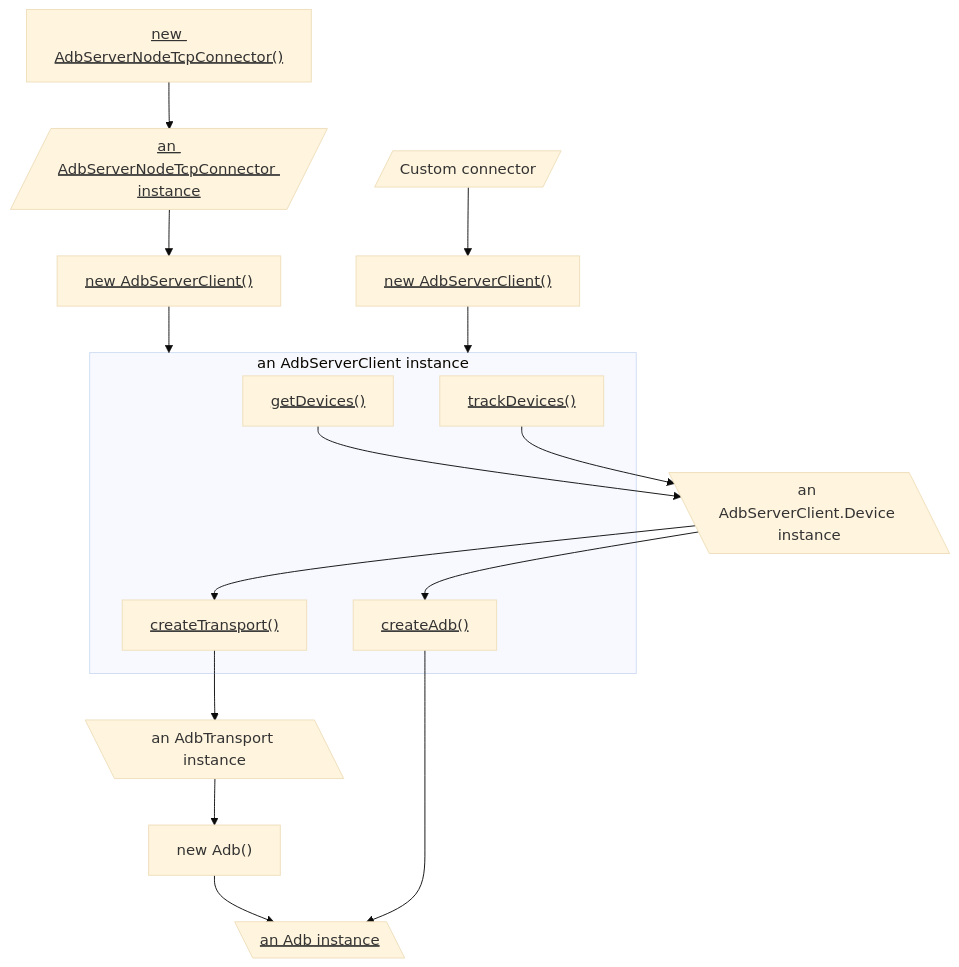
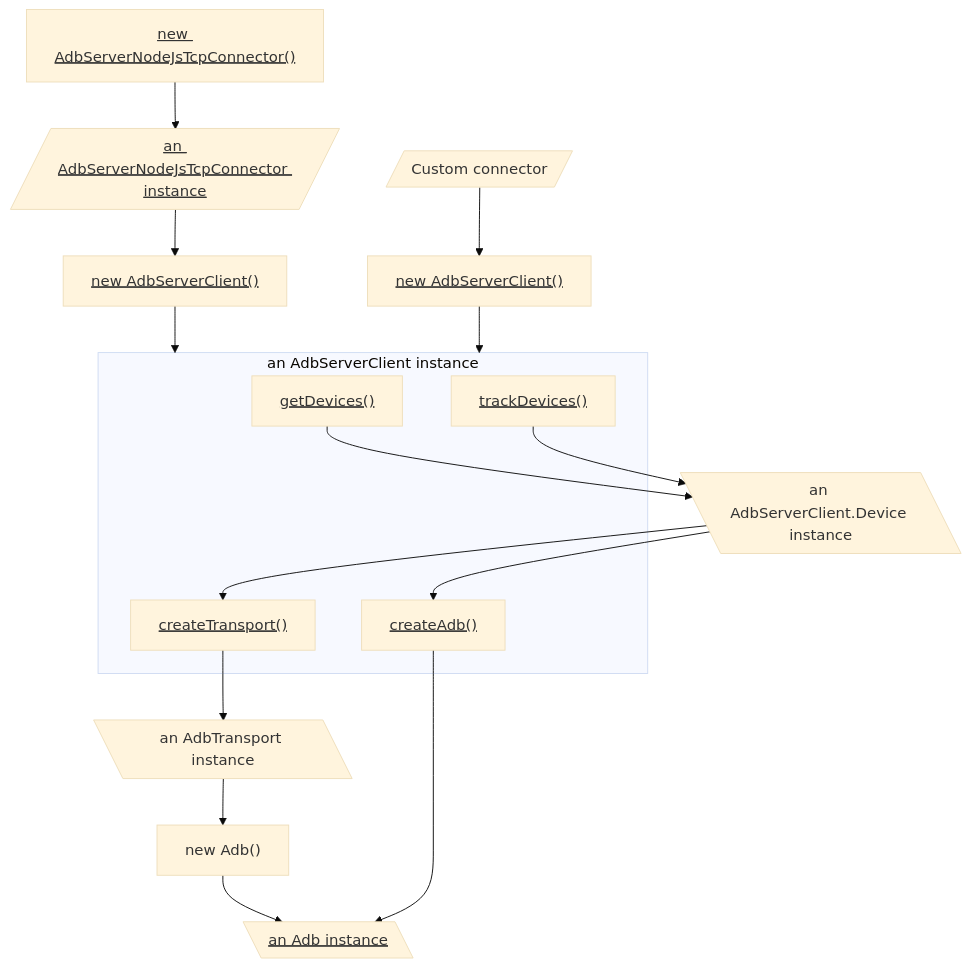
Before and after one commit to tango-adb/docs: the second of 2 diagrams in docs/tango/server/index.mdx, drawn with Mermaid (base theme). The commit also changed 4 other files, not shown here.

````diff
--- a/docs/tango/server/index.mdx
+++ b/docs/tango/server/index.mdx
@@ -46,30 +46,30 @@
 ```mermaid
 flowchart TB
-    A["new AdbServerNodeTcpConnector()"] --> B[/"an AdbServerNodeTcpConnector instance"/] --> C["new AdbServerClient()"]
+    A["new AdbServerNodeJsTcpConnector()"] --> B[/"an AdbServerNodeJsTcpConnector instance"/] --> C["new AdbServerClient()"]
     D[/Custom connector/] --> E["new AdbServerClient()"]
 
     subgraph F ["an AdbServerClient instance"]
         G["getDevices()"]
         M["trackDevices()"]
         H["createTransport()"]
         N["createAdb()"]
     end
 
     C & E --> F
 
     G & M --> I[\"an AdbServerClient.Device instance"\] --> H --> J[\"an AdbTransport instance"\] --> K["new Adb()"] --> L[\"an Adb instance"\]
     I --> N --> L
 
     classDef link text-decoration: underline;
     class A,B,C,E,G,H,L,M,N link;
 
     click A "./client#nodejs"
     click B "./client#nodejs"
     click C "./client#create-client-1"
     click E "./client#create-client-1"
     click G "./devices"
     click H "./transport"
     click L "../../api"
     click M "./watch"
     click N "./transport/#create-an-adb-instance"
 ```
````
